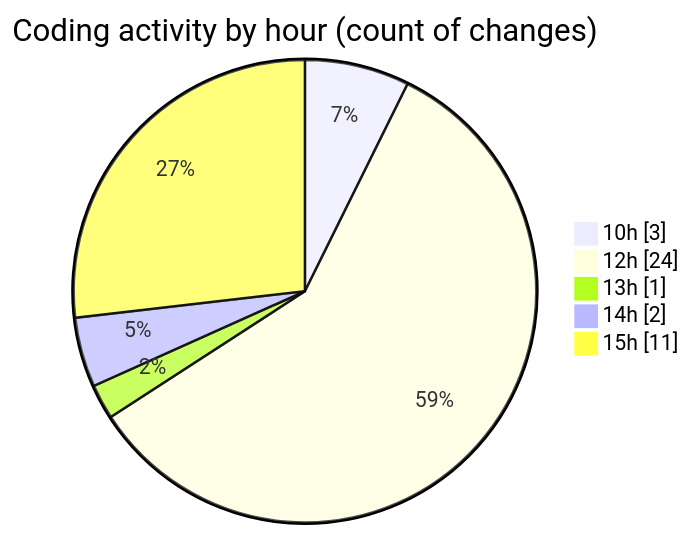
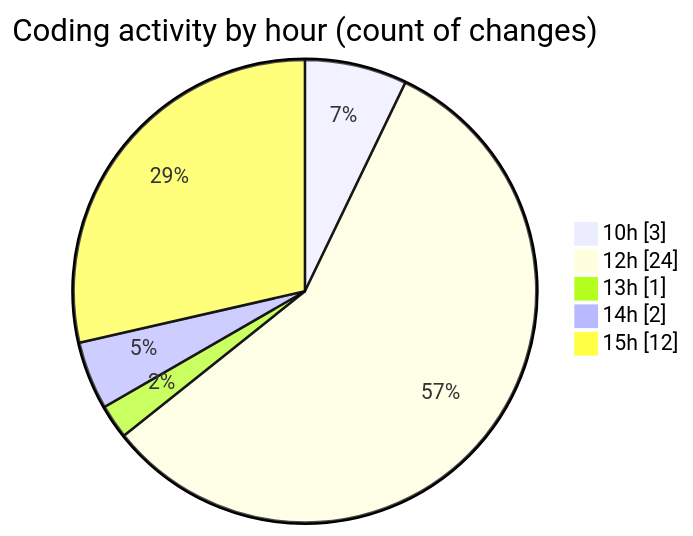
Before and after one commit to momahboobian/code-tracking: the second of 2 diagrams in 2026-10-07/cda/README.md, drawn with Mermaid. The commit also changed other lines of this file and 1 other file, not shown here.

````diff
--- a/2026-10-07/cda/README.md
+++ b/2026-10-07/cda/README.md
@@ -61,9 +62,9 @@
 ```mermaid
 pie showData
 title Coding activity by hour (count of changes)
 "10h" : 3
 "12h" : 24
 "13h" : 1
 "14h" : 2
-"15h" : 11
+"15h" : 12
 ```
````
